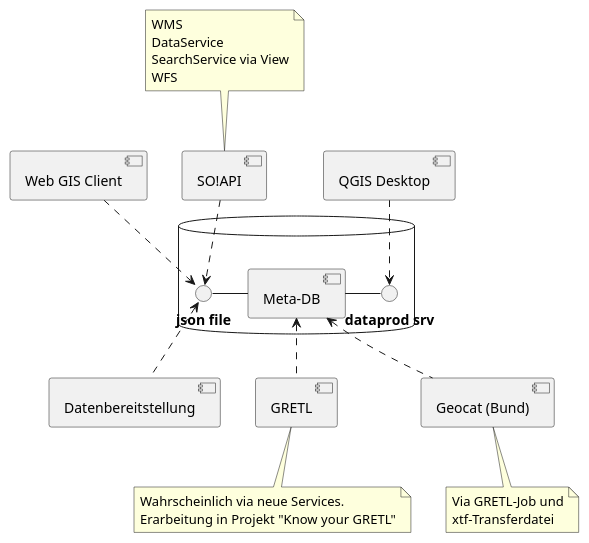
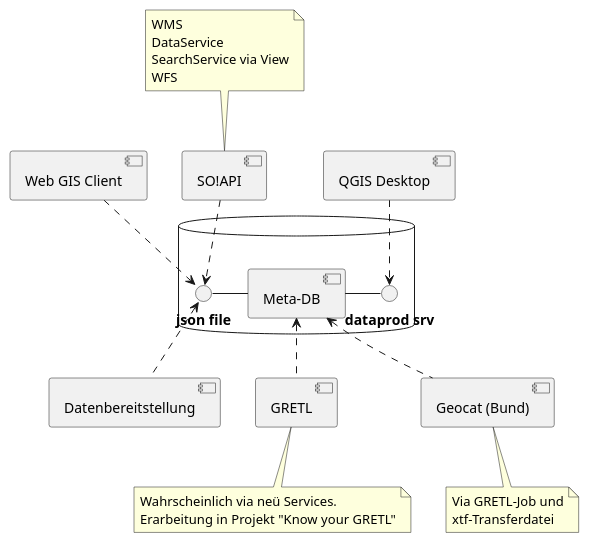
The diagram in puml/src/metainfo_verwendungen.puml (simi-so/mm), drawn with PlantUML before and after one commit. The commit also changed 6 other files, not shown here.

```diff
--- a/puml/src/metainfo_verwendungen.puml
+++ b/puml/src/metainfo_verwendungen.puml
@@ -1,44 +1,44 @@
 @startuml
 database " " {
 	component "Meta-DB" as mdb
     () "**json file**" as fi
     () "**dataprod srv**" as ri
     fi - mdb
     mdb - ri
 }
 
 component "Web GIS Client" as wgc
 wgc ..> fi
 
 component "SO!API" as api
 api ..> fi
 
 note top of api
 WMS
 DataService
 SearchService via View
 WFS
 end note
 
 component "QGIS Desktop" as qgis
 qgis ..> ri
 
 component "Datenbereitstellung" as out
 out .up.> fi
 
 component "GRETL" as dag
 dag .up.> mdb
 
 note bottom of dag
-Wahrscheinlich via neue Services.
+Wahrscheinlich via neü Services.
 Erarbeitung in Projekt "Know your GRETL"
 end note
 
 component "Geocat (Bund)" as cat
 cat .up.> mdb
 
 note bottom of cat
 Via GRETL-Job und
 xtf-Transferdatei
 end note
 @enduml
```
